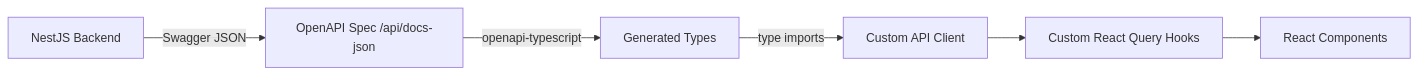
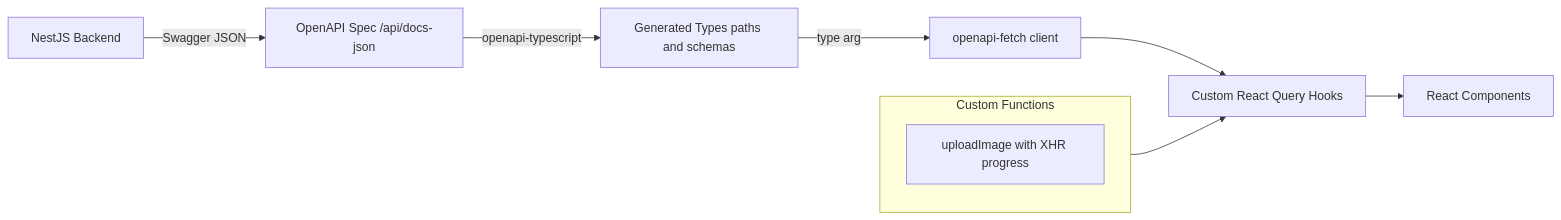
Before and after one commit to azakharo/OptiView: the first of 3 diagrams in doc/plans/stage4-frontend-setup-detailed-plan.md, drawn with Mermaid. The commit also changed other lines of this file and 1 other file, not shown here.

Commit message:
decided to use openapi-fetch pkg

````diff
--- a/doc/plans/stage4-frontend-setup-detailed-plan.md
+++ b/doc/plans/stage4-frontend-setup-detailed-plan.md
@@ -63,8 +64,14 @@
 ```mermaid
 flowchart LR
     Backend[NestJS Backend] -->|Swagger JSON| Spec[OpenAPI Spec /api/docs-json]
-    Spec -->|openapi-typescript| Types[Generated Types]
-    Types --> |type imports| Client[Custom API Client]
-    Client --> Hooks[Custom React Query Hooks]
+    Spec -->|openapi-typescript| Types[Generated Types paths and schemas]
+    Types -->|type arg| FetchClient[openapi-fetch client]
+    FetchClient --> Hooks[Custom React Query Hooks]
+
+    subgraph Custom[Custom Functions]
+        Upload[uploadImage with XHR progress]
+    end
+
     Hooks --> Components[React Components]
+    Custom --> Hooks
 ```
````
